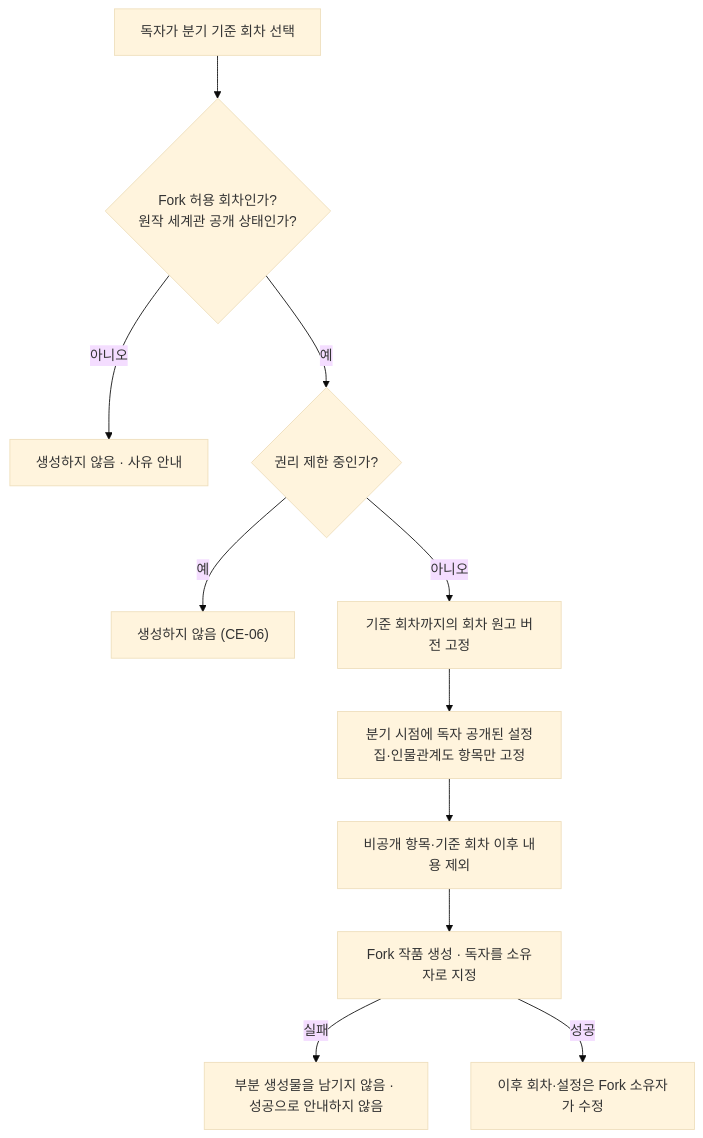
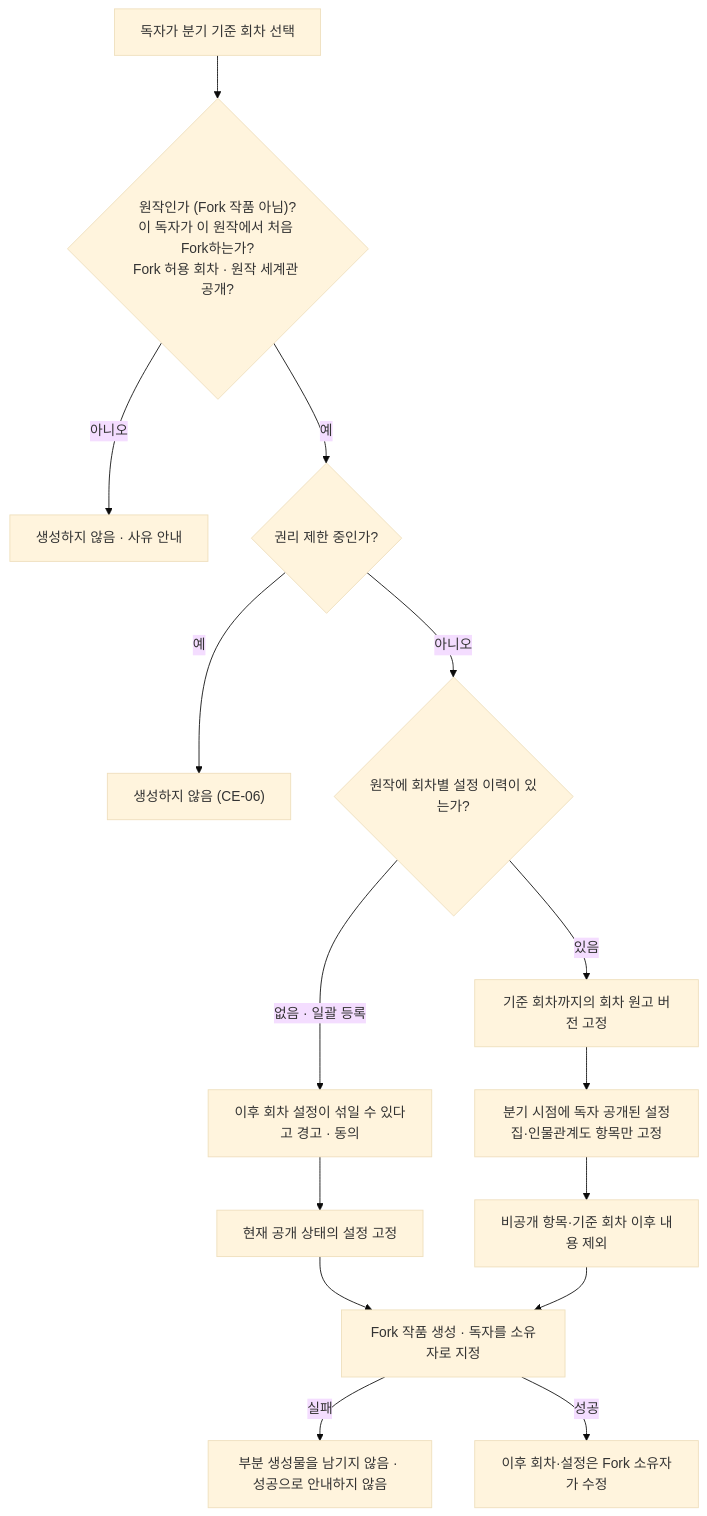
One commit to SKNETWORKS-FAMILY-AICAMP/SKN34-FINAL-4TEAM changed the second of 2 diagrams in docs/diagrams/activity.md. Above: the diagram before and after it, drawn with Mermaid (base theme). The commit also changed 11 other files, not shown here.

First line of the commit message:
docs: Fork 제한·일괄 등록·외부 IP·세계관 조합 규칙 반영

````diff
--- a/docs/diagrams/activity.md
+++ b/docs/diagrams/activity.md
@@ -36,13 +36,17 @@
 ```mermaid
 flowchart TD
-  S["독자가 분기 기준 회차 선택"] --> C1{"Fork 허용 회차인가?<br/>원작 세계관 공개 상태인가?"}
+  S["독자가 분기 기준 회차 선택"] --> C1{"원작인가 (Fork 작품 아님)?<br/>이 독자가 이 원작에서 처음 Fork하는가?<br/>Fork 허용 회차 · 원작 세계관 공개?"}
   C1 -->|"아니오"| X1["생성하지 않음 · 사유 안내"]
   C1 -->|"예"| C2{"권리 제한 중인가?"}
   C2 -->|"예"| X2["생성하지 않음 (CE-06)"]
-  C2 -->|"아니오"| G1["기준 회차까지의 회차 원고 버전 고정"]
+  C2 -->|"아니오"| H{"원작에 회차별 설정 이력이 있는가?"}
+  H -->|"없음 · 일괄 등록"| WN["이후 회차 설정이 섞일 수 있다고 경고 · 동의"]
+  WN --> G0["현재 공개 상태의 설정 고정"]
+  G0 --> M
+  H -->|"있음"| G1["기준 회차까지의 회차 원고 버전 고정"]
   G1 --> G2["분기 시점에 독자 공개된 설정집·인물관계도 항목만 고정"]
   G2 --> G3["비공개 항목·기준 회차 이후 내용 제외"]
   G3 --> M["Fork 작품 생성 · 독자를 소유자로 지정"]
   M -->|"실패"| X3["부분 생성물을 남기지 않음 · 성공으로 안내하지 않음"]
   M -->|"성공"| D["이후 회차·설정은 Fork 소유자가 수정"]
 ```
````
